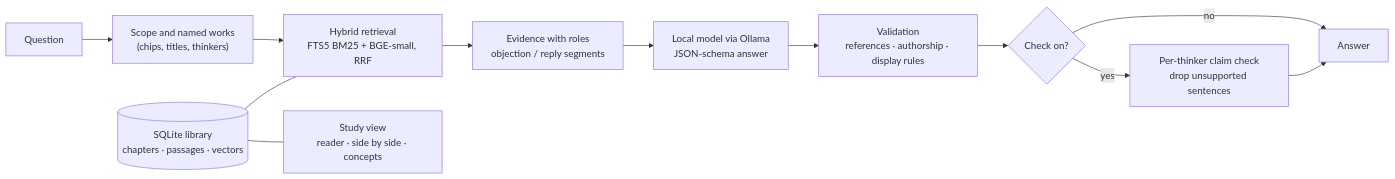
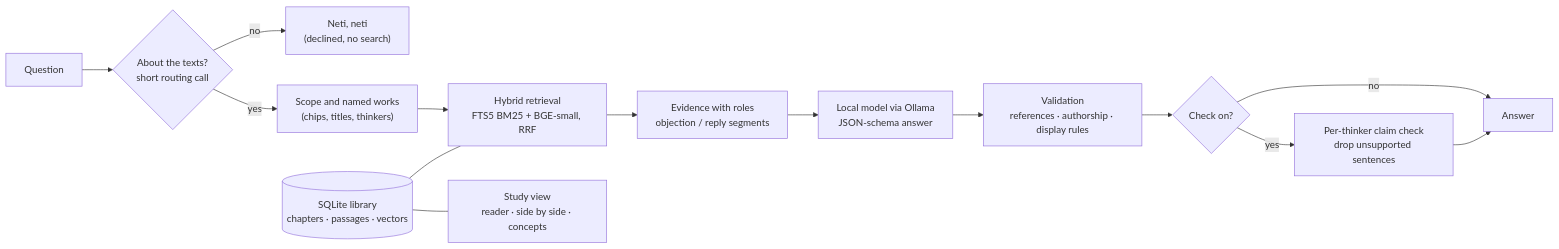
One commit to master-of-none/pramana changed the diagram in README.md. Above: the diagram before and after it, drawn with Mermaid. The commit also changed other lines of this file and 25 other files, not shown here.

````diff
--- a/README.md
+++ b/README.md
@@ -52,14 +56,16 @@
 ```mermaid
 flowchart LR
-    Q[Question] --> S["Scope and named works<br/>(chips, titles, thinkers)"]
+    Q[Question] --> RT{"About the texts?<br/>short routing call"}
+    RT -- no --> N["Neti, neti<br/>(declined, no search)"]
+    RT -- yes --> S["Scope and named works<br/>(chips, titles, thinkers)"]
     S --> R["Hybrid retrieval<br/>FTS5 BM25 + BGE-small, RRF"]
     R --> E["Evidence with roles<br/>objection / reply segments"]
     E --> M["Local model via Ollama<br/>JSON-schema answer"]
     M --> V["Validation<br/>references · authorship · display rules"]
     V --> C{"Check on?"}
     C -- yes --> K["Per-thinker claim check<br/>drop unsupported sentences"]
     C -- no --> A[Answer]
     K --> A
     DB[("SQLite library<br/>chapters · passages · vectors")] --- R
     DB --- ST["Study view<br/>reader · side by side · concepts"]
 ```
````
